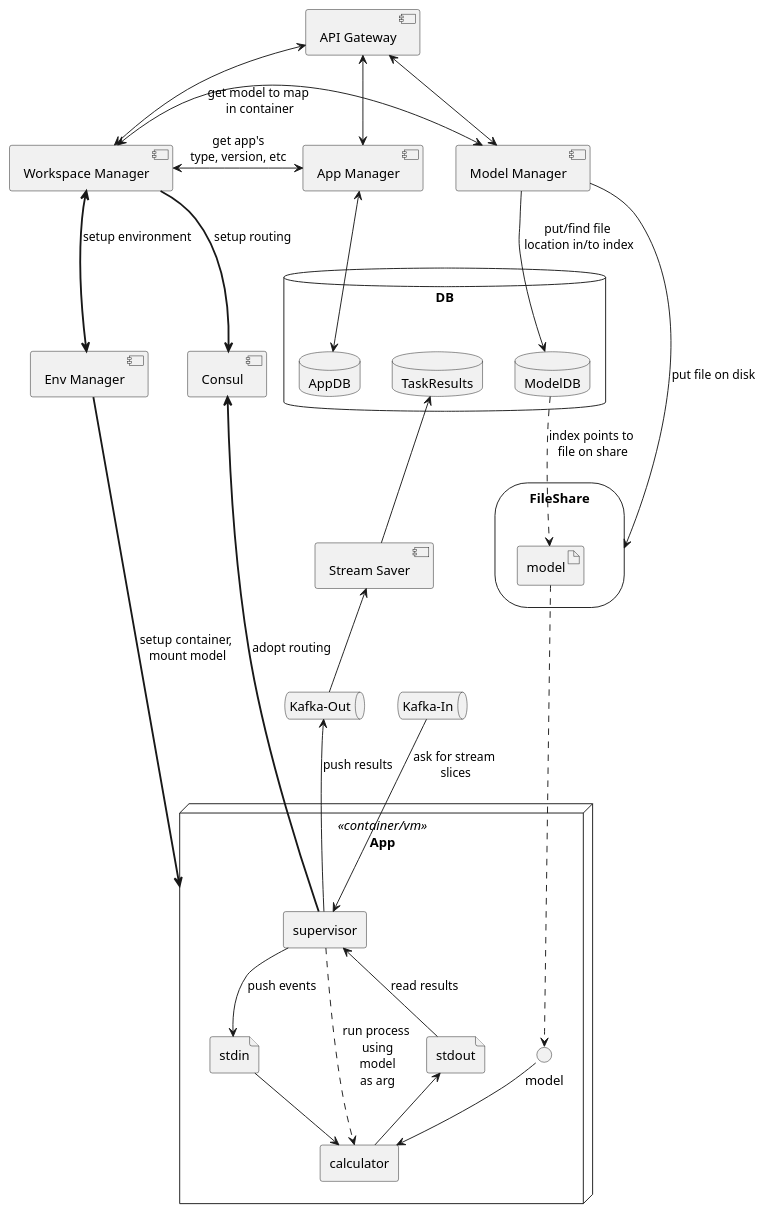
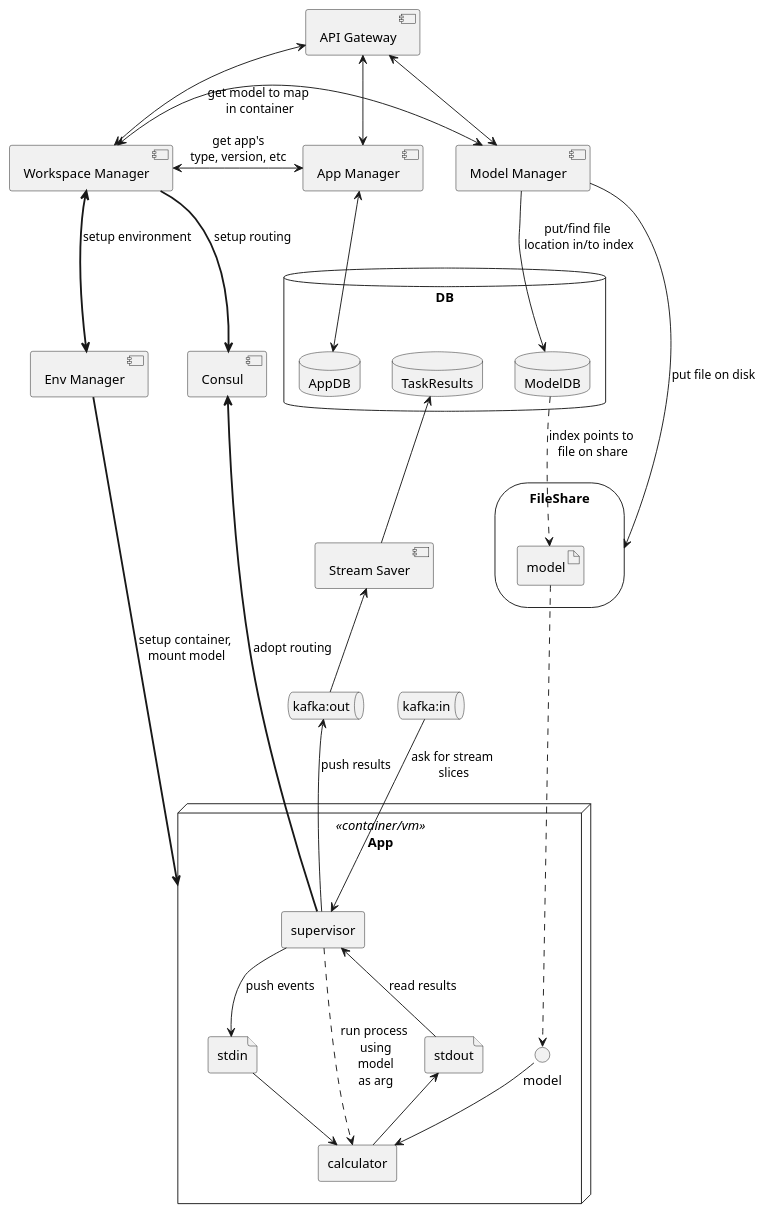
The diagram in docs/diagrams/general.puml (carrotFoxx/services), drawn with PlantUML before and after one commit. The commit also changed 1 other file, not shown here.

Commit message:
update diagrams

```diff
--- a/docs/diagrams/general.puml
+++ b/docs/diagrams/general.puml
@@ -1,76 +1,76 @@
 @startuml
 
 [Stream Saver] as stfs
 
-queue "Kafka-In" as kf_in
-queue "Kafka-Out" as kf_out
+queue "kafka:in" as kf_in
+queue "kafka:out" as kf_out
 
 [App Manager] as app_mgr
 
 [Model Manager] as art_mgr
 
 [Workspace Manager] as wsp_mgr
 [Consul] as consul
 
 '[Trainer Manager] as tr_mgr
 
 [Env Manager] as env_mgr
 
 [API Gateway] as api
 
 database DB {
     database ModelDB as mdb
     database AppDB as appdb
     database TaskResults as resdb
 }
 
 stfs <-- kf_out
 stfs -u-> resdb
 
 storage FileShare as fs {
     artifact model
     model <.u. mdb : index points to\n file on share
 }
 
 node App <<container/vm>> {
     agent supervisor as slv
     agent calculator as calc
     () model as mi
     file stdin
     file stdout
 
     mi <.u. model
 
     slv -d-> stdin: push events
     slv <-d- stdout: read results
 
     slv ..> calc: run process\n using\n model\n as arg
 
     slv <-u- kf_in: ask for stream\n slices
     slv -u-> kf_out: push results
 
     calc <-u- stdin
     calc <-u- mi
     calc -u-> stdout
 }
 
 
 wsp_mgr <-> art_mgr: get model to map\n in container
 wsp_mgr ==> consul: setup routing
 consul <=- slv: adopt routing
 wsp_mgr <-> app_mgr: get app's\ntype, version, etc
 app_mgr <--> appdb
 wsp_mgr <==> env_mgr: setup environment
 env_mgr ==> App: setup container,\n mount model
 
 art_mgr --> mdb: put/find file\n location in/to index
 art_mgr ---> fs: put file on disk
 
 'art_mgr ---> tr_mgr: train model
 'tr_mgr --> env_mgr: setup env\n for training
 
 api <-d-> wsp_mgr
 api <-d-> app_mgr
 api <-d-> art_mgr
 
 @enduml
```
